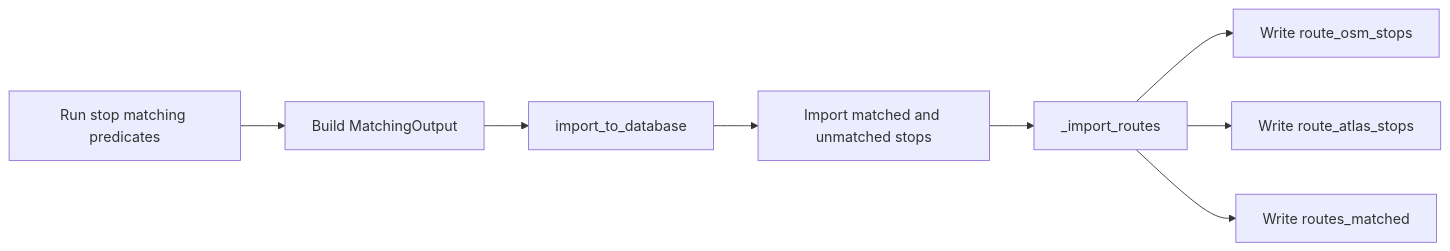
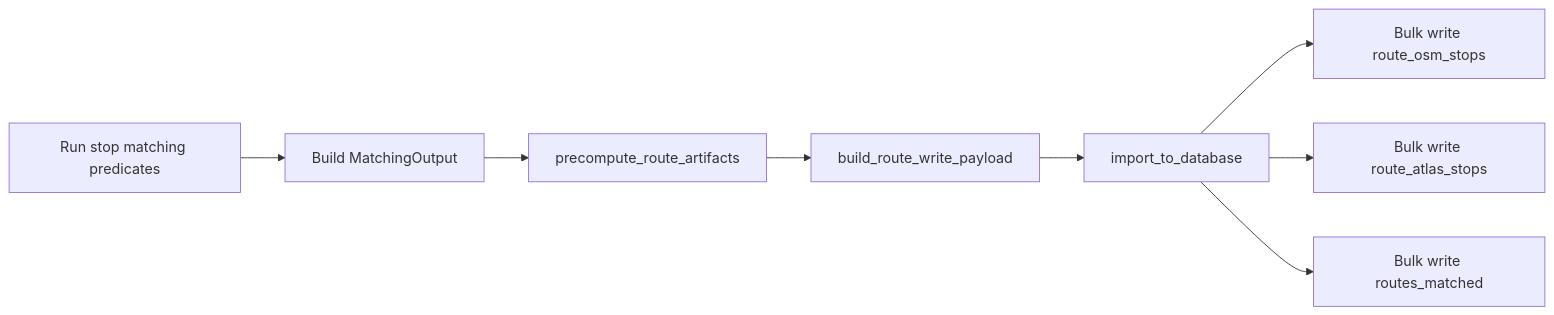
One commit to openTdataCH/stop_sync_osm_atlas changed the first of 2 diagrams in documentation/3. Route-Route Matching.md. Above: the diagram before and after it, drawn with Mermaid. The commit also changed other lines of this file and 46 other files, not shown here.

````diff
--- a/documentation/3. Route-Route Matching.md
+++ b/documentation/3. Route-Route Matching.md
@@ -14,10 +14,10 @@
 ```mermaid
 flowchart LR
     A[Run stop matching predicates] --> B[Build MatchingOutput]
-    B --> C[import_to_database]
-    C --> D[Import matched and unmatched stops]
-    D --> E[_import_routes]
-    E --> F[Write route_osm_stops]
-    E --> G[Write route_atlas_stops]
-    E --> H[Write routes_matched]
+   B --> C[precompute_route_artifacts]
+   C --> D[build_route_write_payload]
+   D --> E[import_to_database]
+   E --> F[Bulk write route_osm_stops]
+   E --> G[Bulk write route_atlas_stops]
+   E --> H[Bulk write routes_matched]
 ```
````
